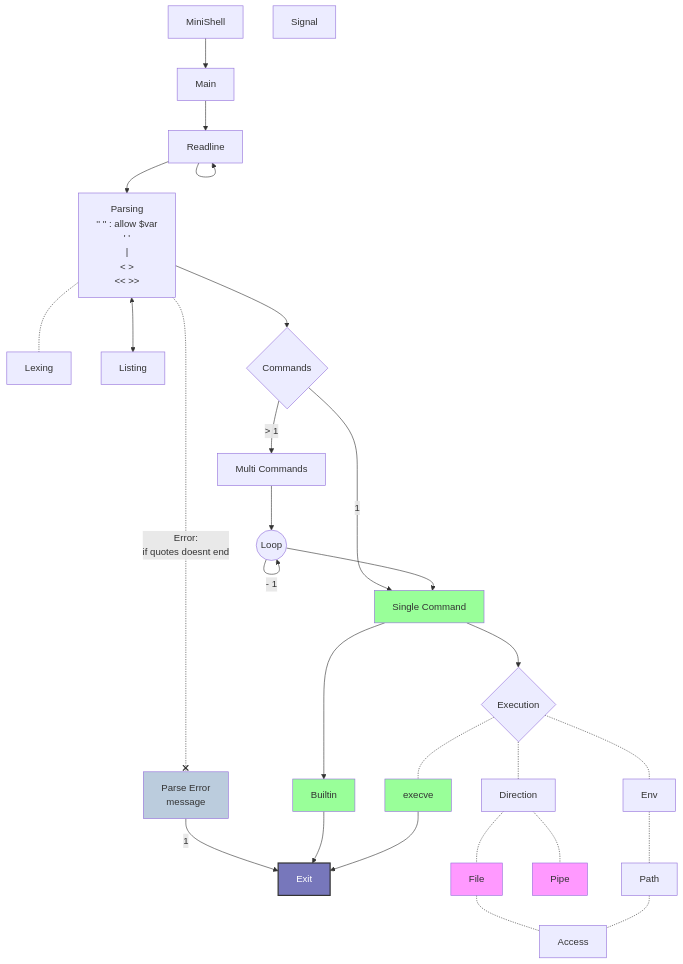
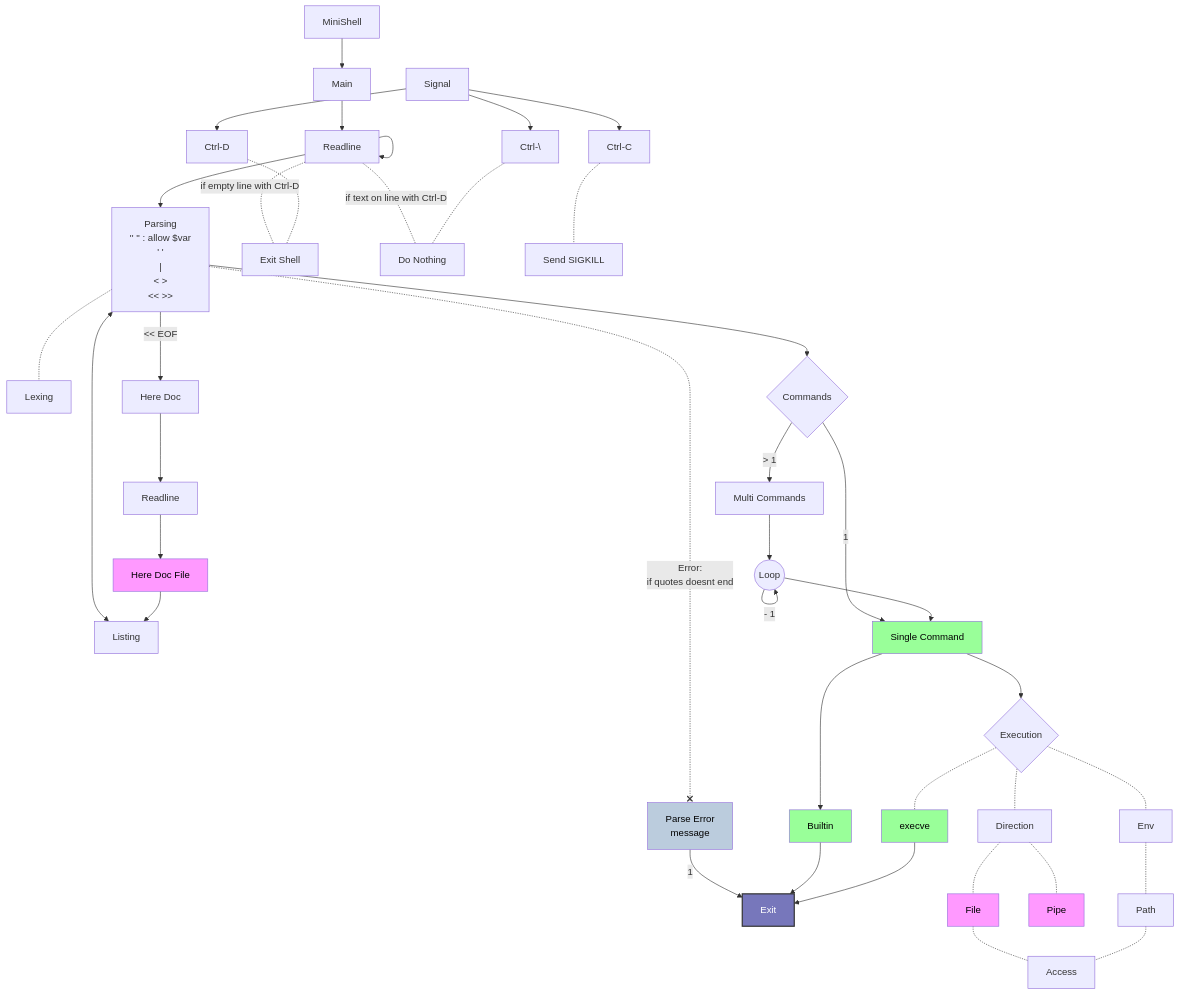
The first of 2 diagrams in README.md (Tablerase/42_MiniShell), drawn with Mermaid before and after one commit. The commit also changed other lines of this file and 3 other files, not shown here.

````diff
--- a/README.md
+++ b/README.md
@@ -3,35 +3,44 @@
 ```mermaid
 graph TD
   classDef exit fill:#77b,stroke:#333,stroke-width:2px,color:#fff;
-  classDef cmd fill:#9f9;
-  classDef msg fill:#bcd;
-  classDef file fill:#f9f;
+  classDef cmd fill:#9f9,color:#000;
+  classDef msg fill:#bcd,color:#000;
+  classDef file fill:#f9f,color:#000;
     A[MiniShell] --> B[Main]
     B --> readline[Readline]
     readline --> readline
-    readline --> parser["Parsing\n '' '' : allow $var\n' '\n |\n <  >\n<<  >>"]
+    readline --> parser["Parsing\n '' '' : allow $var\n' '\n |\n <  > \n<<  >> "]
+    readline -.- |"if empty line with Ctrl-D"|exit_shell
+    readline -.- |"if text on line with Ctrl-D"|nothing
     parser -.- lexer[Lexing]
     parser -.-x |Error:\nif quotes doesnt end| parse_error[Parse Error\nmessage]:::msg
     parse_error -->|1| Exit:::exit
     parser <--> list[Listing]
+    parser --> |"<< EOF"|here_doc[Here Doc]
+    here_doc --> readline2[Readline]
+    readline2 --> here_doc_file[Here Doc File]:::file
+    here_doc_file --> list
     parser --> command{Commands}
     command -->|1| single[Single Command]:::cmd
     command -->|> 1| multi[Multi Commands]
     multi --> loop((Loop))
     loop -->|- 1| loop
     loop --> single
     single --> exec{Execution}
     single --> builtin[Builtin]:::cmd
     exec -.- direction[Direction]
     direction -.- file[File]:::file
     file -.- access[Access]
     direction -.- pipe[Pipe]:::file
     exec -.- env[Env]
     env -.- path[Path]
     path -.- access
     exec -.- execve:::cmd
     builtin --> Exit
     execve --> Exit
 
     signal[Signal]
+    signal --> SIGQUIT[Ctrl-\] -.- nothing[Do Nothing]
+    signal --> SIGEOF[Ctrl-D] -.- exit_shell[Exit Shell]
+    signal --> SIGINT[Ctrl-C] -.- kill[Send SIGKILL]
 ```
````
